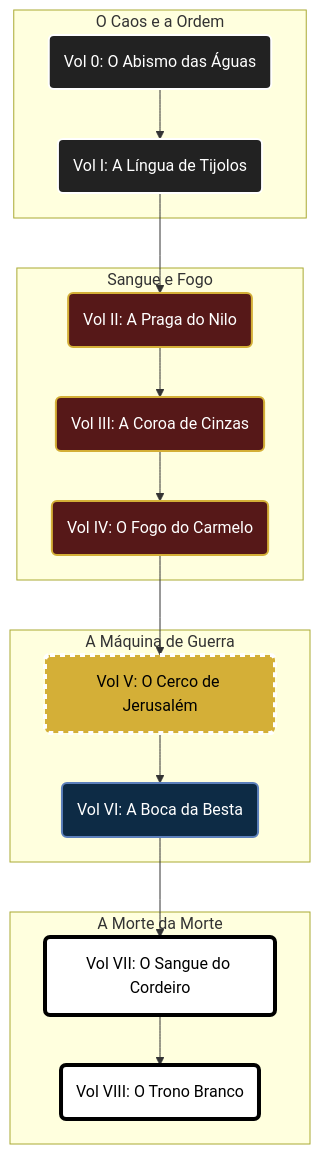
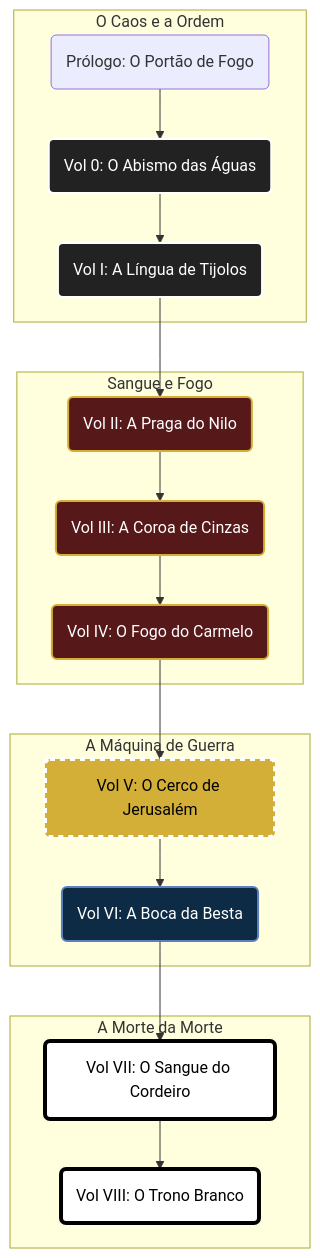
The diagram in A Batalha dos Deuses/Horizonte.md (gabs-passarinho-garcia/obsidian), drawn with Mermaid before and after one commit. The commit also changed 1 other file, not shown here.

Commit message:
atualizada documentação

````diff
--- a/A Batalha dos Deuses/Horizonte.md
+++ b/A Batalha dos Deuses/Horizonte.md
@@ -26,37 +26,38 @@
 ```mermaid
 graph TD
     %% Estilos
     classDef primordial fill:#222,stroke:#fff,stroke-width:2px,color:#fff;
     classDef reino fill:#561818,stroke:#d4af37,stroke-width:2px,color:#fff;
     classDef exilio fill:#0d2b45,stroke:#5c80bc,stroke-width:2px,color:#fff;
     classDef final fill:#fff,stroke:#000,stroke-width:4px,color:#000;
 
     subgraph Era Primordial [O Caos e a Ordem]
-        V0(Vol 0: O Abismo das Águas) --> V1(Vol I: A Língua de Tijolos)
+        P(Prólogo: O Portão de Fogo) --> V0(Vol 0: O Abismo das Águas)
+        V0 --> V1(Vol I: A Língua de Tijolos)
     end
 
     subgraph Era da Formação [Sangue e Fogo]
         V1 --> V2(Vol II: A Praga do Nilo)
         V2 --> V3(Vol III: A Coroa de Cinzas)
         V3 --> V4(Vol IV: O Fogo do Carmelo)
     end
 
     subgraph Era dos Reis e Impérios [A Máquina de Guerra]
         V4 --> V5(Vol V: O Cerco de Jerusalém)
         V5 --> V6(Vol VI: A Boca da Besta)
     end
 
     subgraph A Batalha Final [A Morte da Morte]
         V6 --> V7(Vol VII: O Sangue do Cordeiro)
         V7 --> V8(Vol VIII: O Trono Branco)
     end
 
     %% Classes
     class V0,V1 primordial;
     class V2,V3,V4 reino;
     class V5,V6 exilio;
     class V7,V8 final;
     
     %% Indicador de Status Atual
     style V5 fill:#d4af37,color:#000,stroke:#fff,stroke-width:4px,stroke-dasharray: 5 5;
 ```
````
